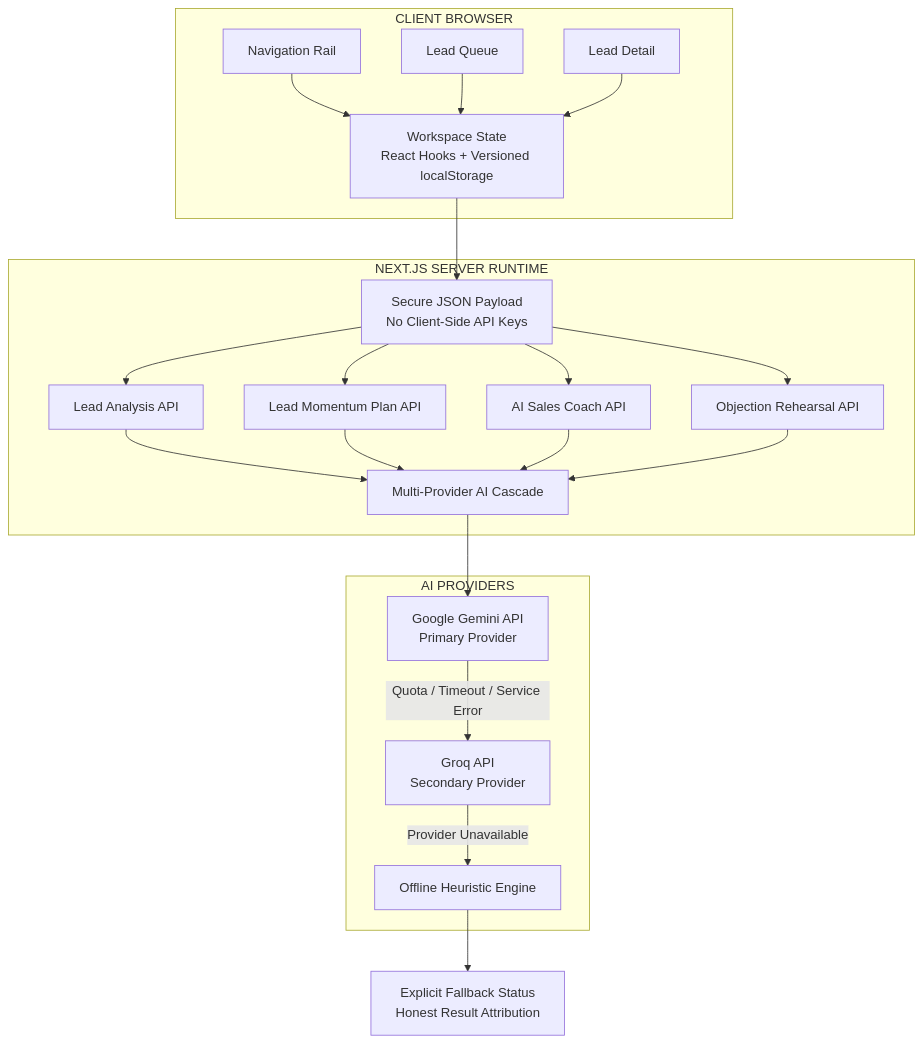
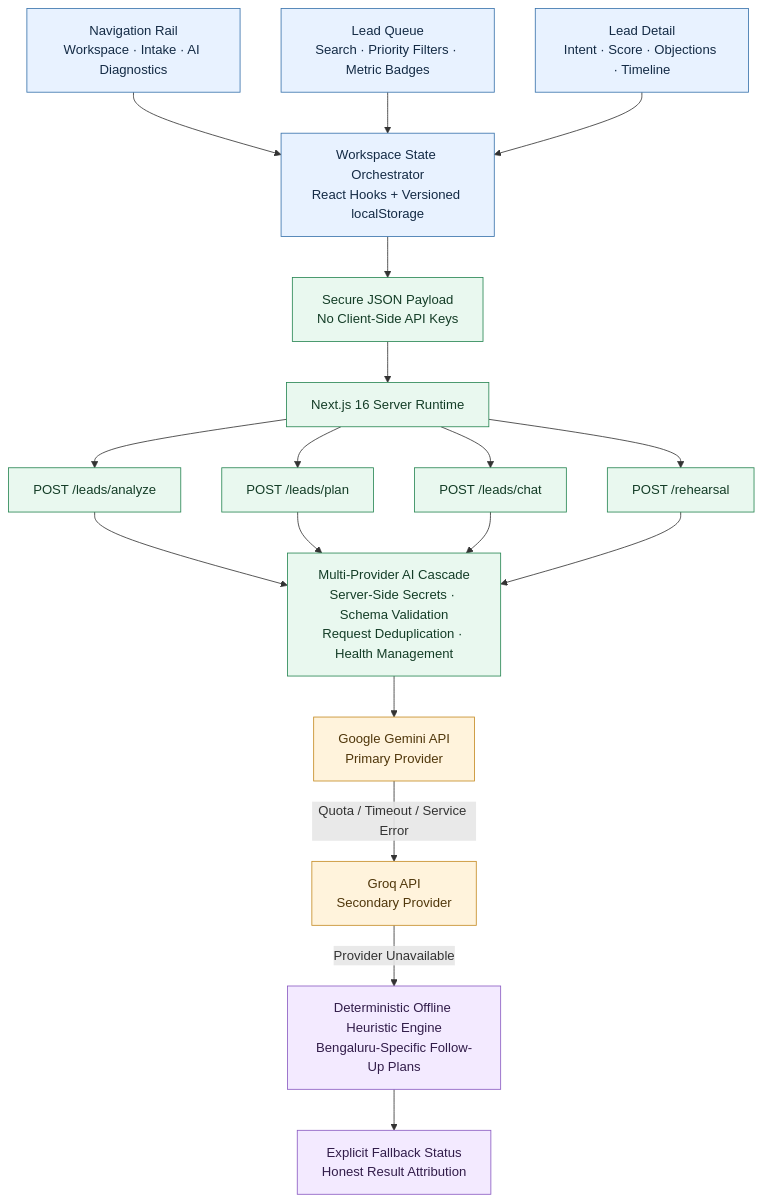
One commit to tharun242005/LeadMotive changed the diagram in README.md. Above: the diagram before and after it, drawn with Mermaid.

Commit message:
Update architecture diagram in README.md

````diff
--- a/README.md
+++ b/README.md
@@ -38,35 +38,55 @@
 ```mermaid
 flowchart TD
-    subgraph CLIENT["CLIENT BROWSER"]
-        A["Navigation Rail"]
-        B["Lead Queue"]
-        C["Lead Detail"]
-        D["Workspace State<br/>React Hooks + Versioned localStorage"]
+    NAV["Navigation Rail<br/>Workspace · Intake · AI Diagnostics"]
+    QUEUE["Lead Queue<br/>Search · Priority Filters · Metric Badges"]
+    DETAIL["Lead Detail<br/>Intent · Score · Objections · Timeline"]
 
-        A --> D
-        B --> D
-        C --> D
-    end
+    STATE["Workspace State Orchestrator<br/>React Hooks + Versioned localStorage"]
+    PAYLOAD["Secure JSON Payload<br/>No Client-Side API Keys"]
 
-    D --> E["Secure JSON Payload<br/>No Client-Side API Keys"]
+    RUNTIME["Next.js 16 Server Runtime"]
 
-    subgraph SERVER["NEXT.JS SERVER RUNTIME"]
-        E --> F["Lead Analysis API"]
-        E --> G["Lead Momentum Plan API"]
-        E --> H["AI Sales Coach API"]
-        E --> I["Objection Rehearsal API"]
+    ANALYZE["POST /leads/analyze"]
+    PLAN["POST /leads/plan"]
+    CHAT["POST /leads/chat"]
+    REHEARSAL["POST /rehearsal"]
 
-        F --> J["Multi-Provider AI Cascade"]
-        G --> J
-        H --> J
-        I --> J
-    end
+    CASCADE["Multi-Provider AI Cascade<br/>Server-Side Secrets · Schema Validation<br/>Request Deduplication · Health Management"]
 
-    subgraph PROVIDERS["AI PROVIDERS"]
-        J --> K["Google Gemini API<br/>Primary Provider"]
-        K -->|"Quota / Timeout / Service Error"| L["Groq API<br/>Secondary Provider"]
-        L -->|"Provider Unavailable"| M["Offline Heuristic Engine"]
-    end
+    GEMINI["Google Gemini API<br/>Primary Provider"]
+    GROQ["Groq API<br/>Secondary Provider"]
+    FALLBACK["Deterministic Offline Heuristic Engine<br/>Bengaluru-Specific Follow-Up Plans"]
+    STATUS["Explicit Fallback Status<br/>Honest Result Attribution"]
 
-    M --> N["Explicit Fallback Status<br/>Honest Result Attribution"]
+    NAV --> STATE
+    QUEUE --> STATE
+    DETAIL --> STATE
+
+    STATE --> PAYLOAD
+    PAYLOAD --> RUNTIME
+
+    RUNTIME --> ANALYZE
+    RUNTIME --> PLAN
+    RUNTIME --> CHAT
+    RUNTIME --> REHEARSAL
+
+    ANALYZE --> CASCADE
+    PLAN --> CASCADE
+    CHAT --> CASCADE
+    REHEARSAL --> CASCADE
+
+    CASCADE --> GEMINI
+    GEMINI -->|"Quota / Timeout / Service Error"| GROQ
+    GROQ -->|"Provider Unavailable"| FALLBACK
+    FALLBACK --> STATUS
+
+    classDef client fill:#e8f2ff,stroke:#3973ac,color:#142b45
+    classDef server fill:#e9f8ef,stroke:#288653,color:#143d27
+    classDef provider fill:#fff3dc,stroke:#c58b24,color:#50370b
+    classDef fallback fill:#f3eaff,stroke:#8a5bc2,color:#321d4a
+
+    class NAV,QUEUE,DETAIL,STATE client
+    class PAYLOAD,RUNTIME,ANALYZE,PLAN,CHAT,REHEARSAL,CASCADE server
+    class GEMINI,GROQ provider
+    class FALLBACK,STATUS fallback
 ```
````
